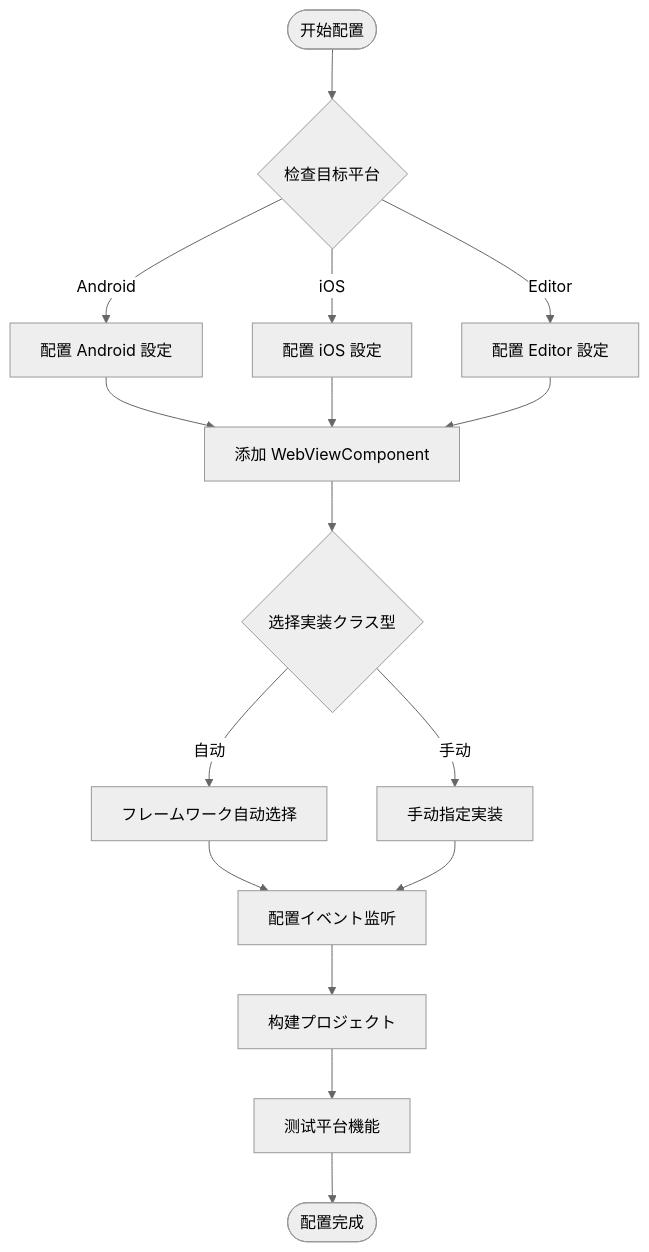
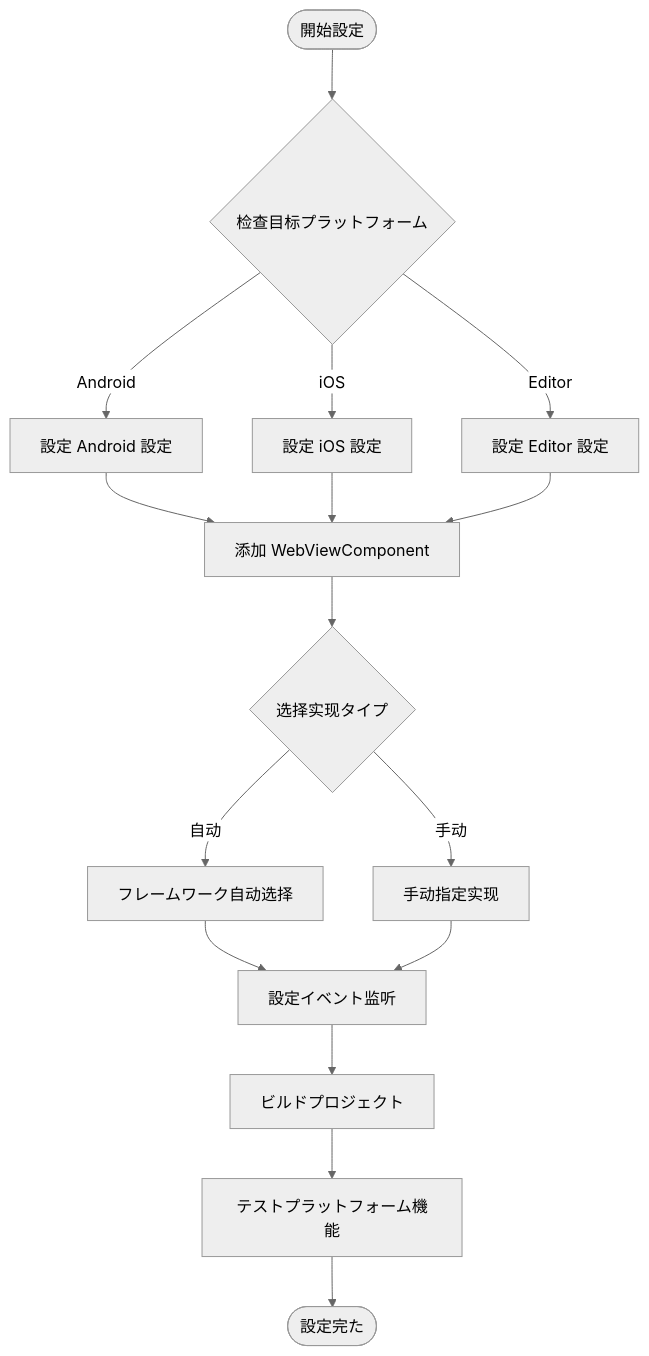
One commit to AlianBlank/GameFrameX.Docs changed the second of 2 diagrams in docs/ja/client/unity/component/webview/05.platforms.md. Above: the diagram before and after it, drawn with Mermaid (neutral theme). The commit also changed other lines of this file and 320 other files, not shown here.

````diff
--- a/docs/ja/client/unity/component/webview/05.platforms.md
+++ b/docs/ja/client/unity/component/webview/05.platforms.md
@@ -137,24 +137,24 @@
 ```mermaid
 flowchart TD
-    Start([开始配置]) --> CheckPlatform{检查目标平台}
+    Start([開始設定]) --> CheckPlatform{检查目标プラットフォーム}
     
-    CheckPlatform -->|Android| AndroidConfig[配置 Android 設定]
-    CheckPlatform -->|iOS| iOSConfig[配置 iOS 設定]
-    CheckPlatform -->|Editor| EditorConfig[配置 Editor 設定]
+    CheckPlatform -->|Android| AndroidConfig[設定 Android 設定]
+    CheckPlatform -->|iOS| iOSConfig[設定 iOS 設定]
+    CheckPlatform -->|Editor| EditorConfig[設定 Editor 設定]
     
     AndroidConfig --> AddComponent[添加 WebViewComponent]
     iOSConfig --> AddComponent
     EditorConfig --> AddComponent
     
-    AddComponent --> SelectImpl{选择実装クラス型}
+    AddComponent --> SelectImpl{选择实现タイプ}
     
     SelectImpl -->|自动| AutoSelect[フレームワーク自动选择]
-    SelectImpl -->|手动| ManualSelect[手动指定実装]
+    SelectImpl -->|手动| ManualSelect[手动指定实现]
     
-    AutoSelect --> ConfigEvent[配置イベント监听]
+    AutoSelect --> ConfigEvent[設定イベント监听]
     ManualSelect --> ConfigEvent
     
-    ConfigEvent --> BuildProject[构建プロジェクト]
-    BuildProject --> TestPlatform[测试平台機能]
-    TestPlatform --> End([配置完成])
+    ConfigEvent --> BuildProject[ビルドプロジェクト]
+    BuildProject --> TestPlatform[テストプラットフォーム機能]
+    TestPlatform --> End([設定完た])
 ```
````
